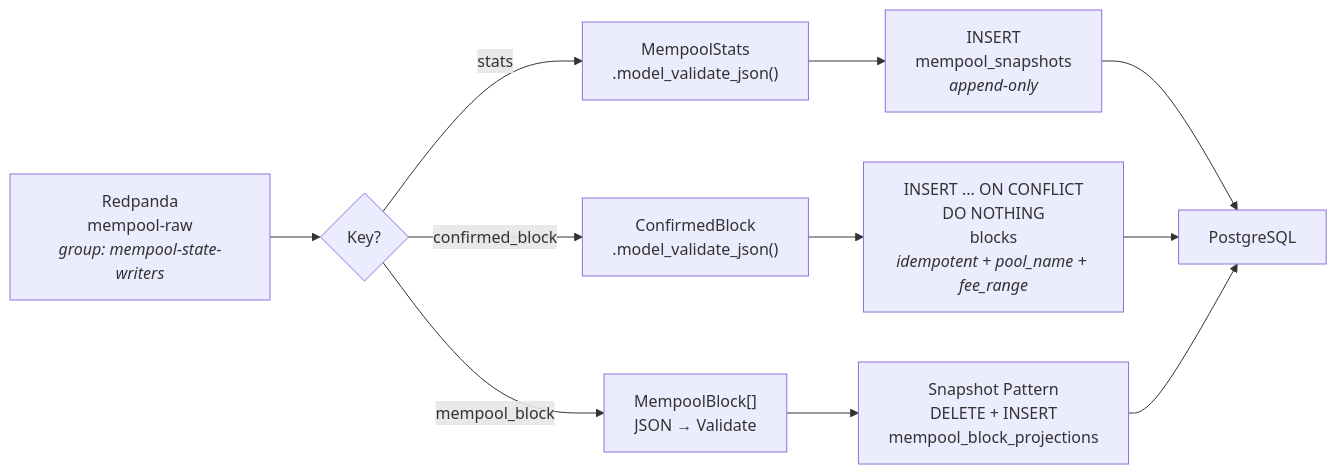
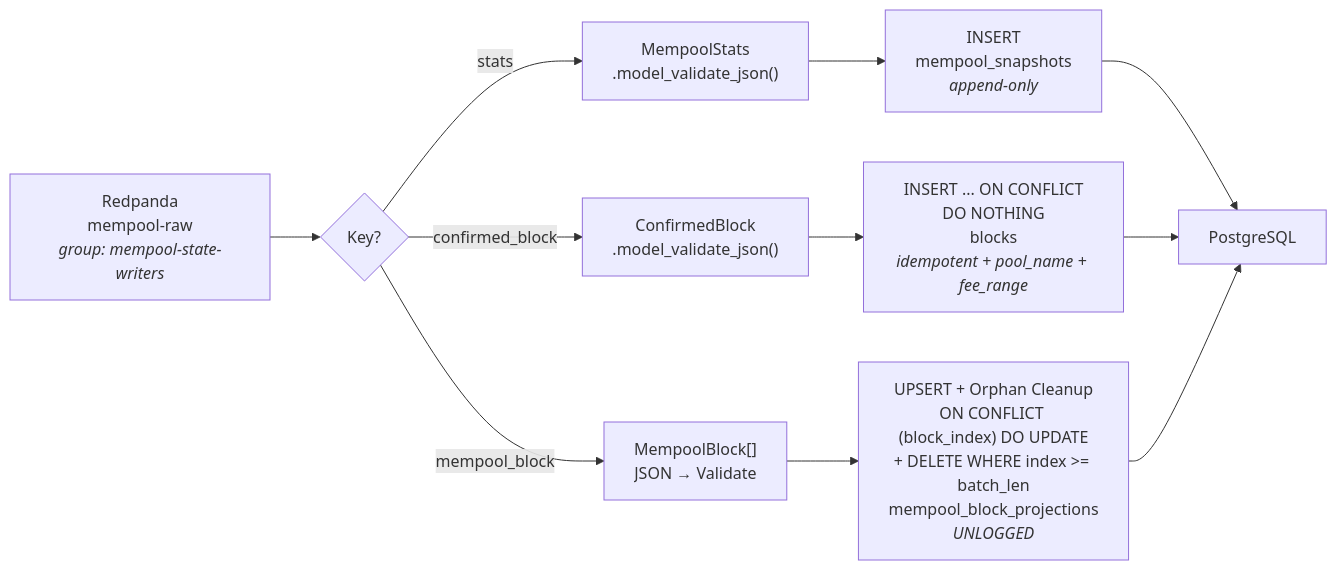
Before and after one commit to ieshatchuell/mempool-orchestrator: the fifth of 9 diagrams in docs/architecture.md, drawn with Mermaid. The commit also changed other lines of this file and 20 other files, not shown here.

````diff
--- a/docs/architecture.md
+++ b/docs/architecture.md
@@ -125,16 +146,16 @@
 ```mermaid
 flowchart LR
     KAFKA["Redpanda<br/>mempool-raw<br/><i>group: mempool-state-writers</i>"] --> ROUTE{"Key?"}
 
     ROUTE -->|"stats"| S["MempoolStats<br/>.model_validate_json()"]
     ROUTE -->|"confirmed_block"| B["ConfirmedBlock<br/>.model_validate_json()"]
     ROUTE -->|"mempool_block"| MB["MempoolBlock[]<br/>JSON → Validate"]
 
     S --> INSERT["INSERT<br/>mempool_snapshots<br/><i>append-only</i>"]
     B --> UPSERT["INSERT ... ON CONFLICT<br/>DO NOTHING<br/>blocks<br/><i>idempotent + pool_name + fee_range</i>"]
-    MB --> SNAP["Snapshot Pattern<br/>DELETE + INSERT<br/>mempool_block_projections"]
+    MB --> PROJ["UPSERT + Orphan Cleanup<br/>ON CONFLICT (block_index) DO UPDATE<br/>+ DELETE WHERE index >= batch_len<br/>mempool_block_projections<br/><i>UNLOGGED</i>"]
 
     INSERT --> PG["PostgreSQL"]
     UPSERT --> PG
-    SNAP --> PG
+    PROJ --> PG
 ```
````
